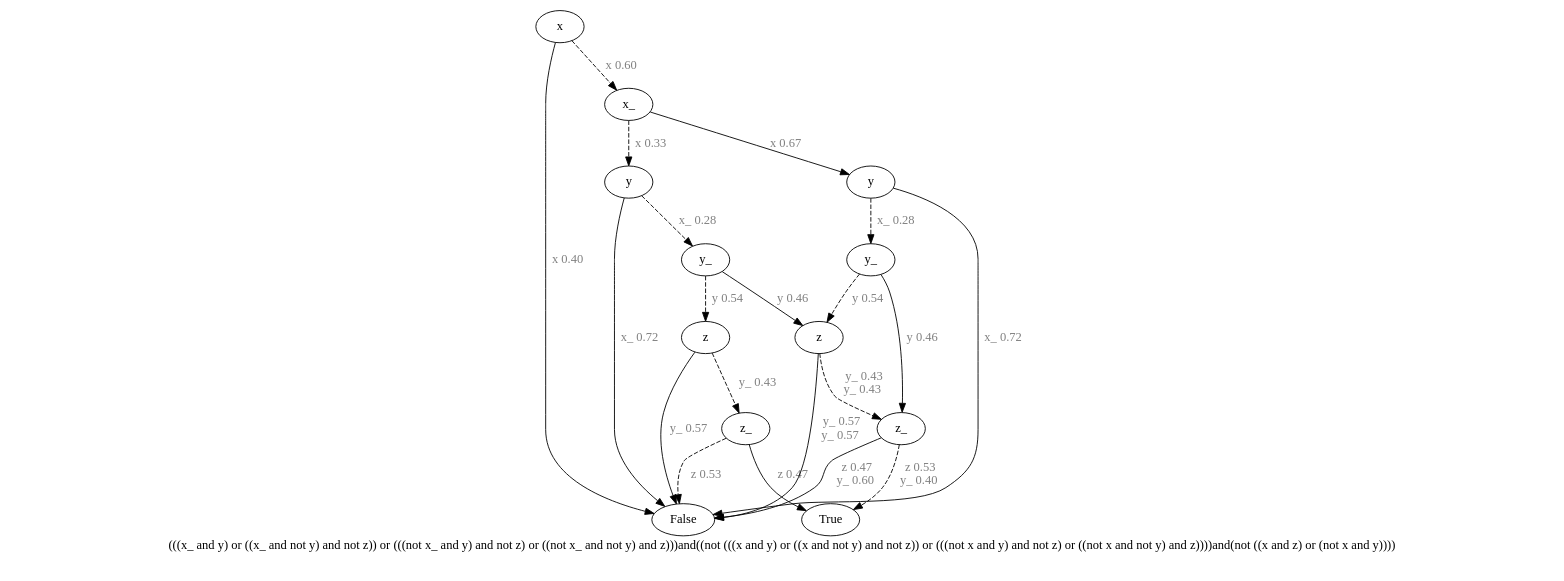
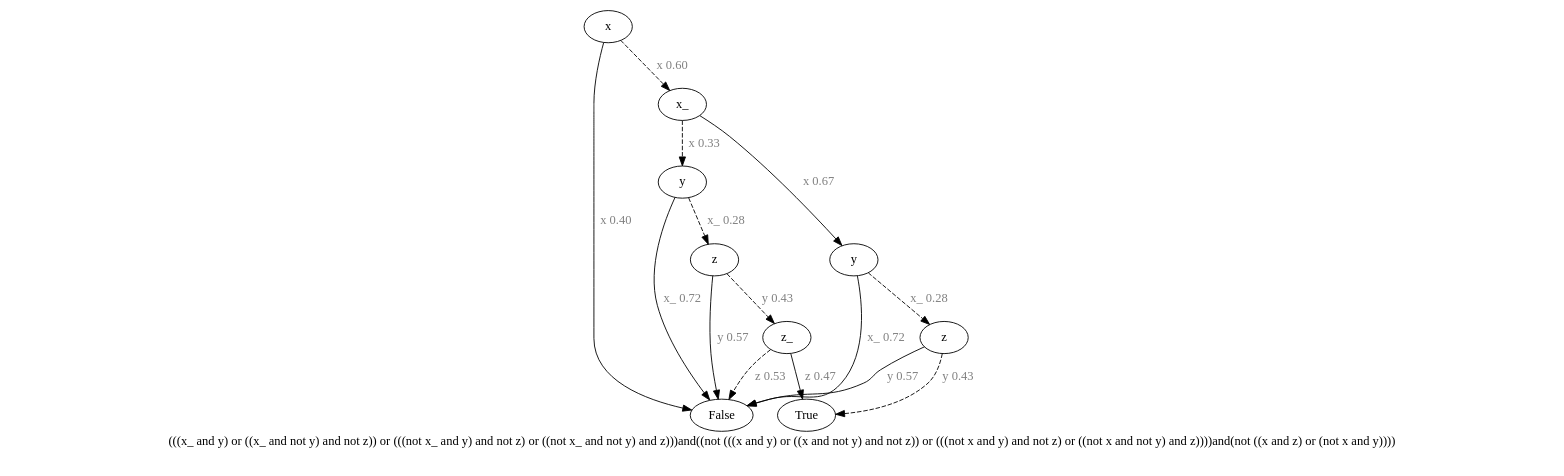
One commit to O1ez/IncreasingResilienceOfAutomatedVehicles changed the diagram in out/test1/end_5_bdd_fp.dot. Above: the diagram before and after it, drawn with Graphviz. The commit also changed 52 other files, not shown here.

```diff
--- a/out/test1/end_5_bdd_fp.dot
+++ b/out/test1/end_5_bdd_fp.dot
@@ -1,63 +1,45 @@
 digraph{
 label="(((x_ and y) or ((x_ and not y) and not z)) or (((not x_ and y) and not z) or ((not x_ and not y) and z)))and((not (((x and y) or ((x and not y) and not z)) or (((not x and y) and not z) or ((not x and not y) and z))))and(not ((x and z) or (not x and y))))\n\n"
-1947405578032[label=x]1947405577552[label="x_
+2746076252752[label=x]2746076251312[label="x_
 "]
-1947405578032 -> 1947405577552[style=dashed label=" x 0.60\n" fontcolor = gray]
-1947405579152[label="y
+2746076252752 -> 2746076251312[style=dashed label=" x 0.60\n" fontcolor = gray]
+2746076255952[label="y
 "]
-1947405577552 -> 1947405579152[style=dashed label=" x 0.33\n" fontcolor = gray]
-1947405566192[label="y_
+2746076251312 -> 2746076255952[style=dashed label=" x 0.33\n" fontcolor = gray]
+2746076250512[label="z
 "]
-1947405579152 -> 1947405566192[style=dashed label=" x_ 0.28\n" fontcolor = gray]
-1947405570192[label="z
+2746076255952 -> 2746076250512[style=dashed label=" x_ 0.28\n" fontcolor = gray]
+2746076374000[label="z_
 "]
-1947405566192 -> 1947405570192[style=dashed label=" y 0.54\n" fontcolor = gray]
-1947405576432[label="z_
+2746076250512 -> 2746076374000[style=dashed label=" y 0.43\n" fontcolor = gray]
+2746076254352[label="False
 "]
-1947405570192 -> 1947405576432[style=dashed label=" y_ 0.43\n" fontcolor = gray]
-1947405566512[label="False
+2746076374000 -> 2746076254352[style=dashed label=" z 0.53\n" fontcolor = gray]
+2746076253712[label="True
 "]
-1947405576432 -> 1947405566512[style=dashed label=" z 0.53\n" fontcolor = gray]
-1947405578992[label="True
+2746076374000 -> 2746076253712 [label=" z 0.47\n" fontcolor = gray]
+2746076254352[label="False
 "]
-1947405576432 -> 1947405578992 [label=" z 0.47\n" fontcolor = gray]
-1947405566512[label="False
+2746076250512 -> 2746076254352 [label=" y 0.57\n" fontcolor = gray]
+2746076254352[label="False
 "]
-1947405570192 -> 1947405566512 [label=" y_ 0.57\n" fontcolor = gray]
-1947405577392[label="z
+2746076255952 -> 2746076254352 [label=" x_ 0.72\n" fontcolor = gray]
+2746076253872[label="y
 "]
-1947405566192 -> 1947405577392 [label=" y 0.46\n" fontcolor = gray]
-1947405569712[label="z_
+2746076251312 -> 2746076253872 [label=" x 0.67\n" fontcolor = gray]
+2746076371760[label="z
 "]
-1947405577392 -> 1947405569712[style=dashed label="  y_ 0.43\ny_ 0.43\n" fontcolor = gray]
-1947405578992[label="True
+2746076253872 -> 2746076371760[style=dashed label=" x_ 0.28\n" fontcolor = gray]
+2746076253712[label="True
 "]
-1947405569712 -> 1947405578992[style=dashed label="  z 0.53\ny_ 0.40\n" fontcolor = gray]
-1947405566512[label="False
+2746076371760 -> 2746076253712[style=dashed label=" y 0.43\n" fontcolor = gray]
+2746076254352[label="False
 "]
-1947405569712 -> 1947405566512 [label="  z 0.47\ny_ 0.60\n" fontcolor = gray]
-1947405566512[label="False
+2746076371760 -> 2746076254352 [label=" y 0.57\n" fontcolor = gray]
+2746076254352[label="False
 "]
-1947405577392 -> 1947405566512 [label="  y_ 0.57\ny_ 0.57\n" fontcolor = gray]
-1947405566512[label="False
+2746076253872 -> 2746076254352 [label=" x_ 0.72\n" fontcolor = gray]
+2746076254352[label="False
 "]
-1947405579152 -> 1947405566512 [label=" x_ 0.72\n" fontcolor = gray]
-1947405579472[label="y
-"]
-1947405577552 -> 1947405579472 [label=" x 0.67\n" fontcolor = gray]
-1947405698864[label="y_
-"]
-1947405579472 -> 1947405698864[style=dashed label=" x_ 0.28\n" fontcolor = gray]
-1947405577392[label="z
-"]
-1947405698864 -> 1947405577392[style=dashed label=" y 0.54\n" fontcolor = gray]
-1947405569712[label="z_
-"]
-1947405698864 -> 1947405569712 [label=" y 0.46\n" fontcolor = gray]
-1947405566512[label="False
-"]
-1947405579472 -> 1947405566512 [label=" x_ 0.72\n" fontcolor = gray]
-1947405566512[label="False
-"]
-1947405578032 -> 1947405566512 [label=" x 0.40\n" fontcolor = gray]
+2746076252752 -> 2746076254352 [label=" x 0.40\n" fontcolor = gray]
 }
```
